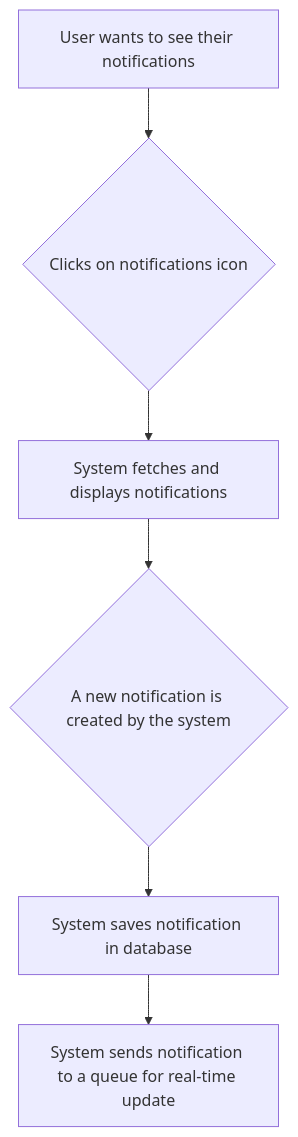
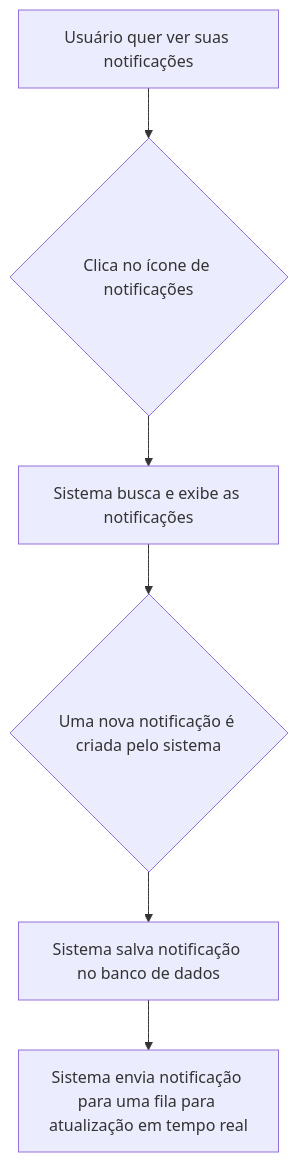
Diagram 14 of 16 in docs/diagrams.md (Thiagoldo/pos-unifametro-backend), drawn with Mermaid before and after one commit. The commit also changed other lines of this file, not shown here.

Commit message:
docs: translate diagrams.md to portuguese

````diff
--- a/docs/diagrams.md
+++ b/docs/diagrams.md
@@ -251,8 +251,8 @@
 ```mermaid
 graph TD
-    A[User wants to see their notifications] --> B{Clicks on notifications icon};
-    B --> C[System fetches and displays notifications];
-    C --> D{A new notification is created by the system};
-    D --> E[System saves notification in database];
-    E --> F[System sends notification to a queue for real-time update];
+    A[Usuário quer ver suas notificações] --> B{Clica no ícone de notificações};
+    B --> C[Sistema busca e exibe as notificações];
+    C --> D{Uma nova notificação é criada pelo sistema};
+    D --> E[Sistema salva notificação no banco de dados];
+    E --> F[Sistema envia notificação para uma fila para atualização em tempo real];
 ```
````
